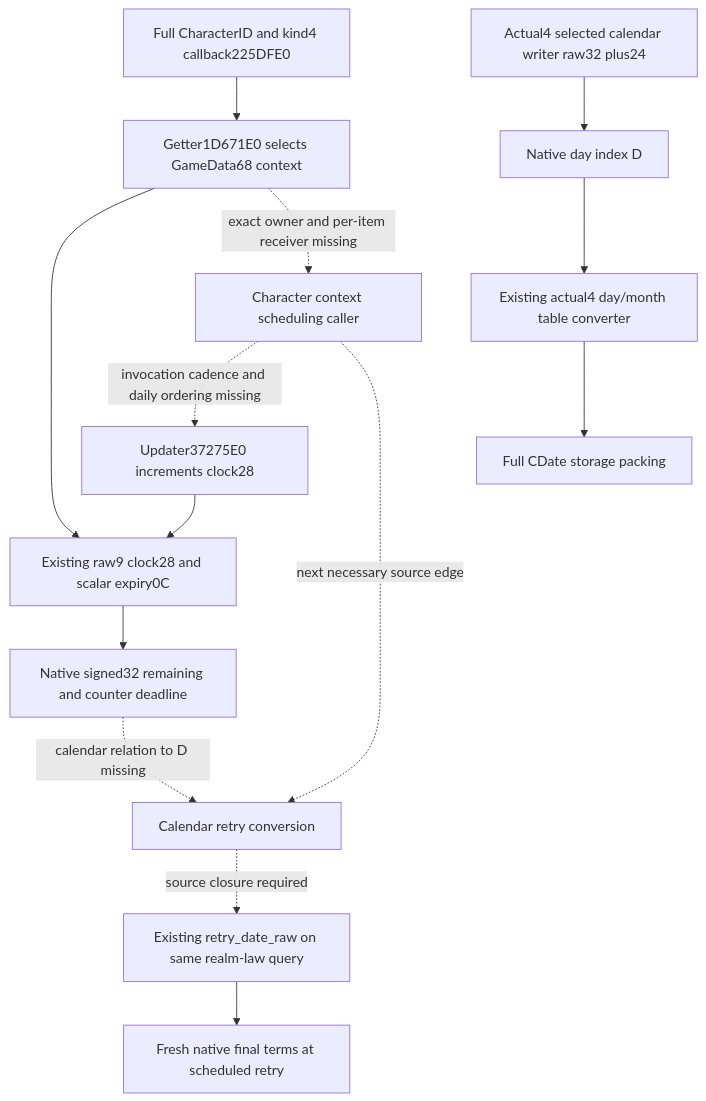
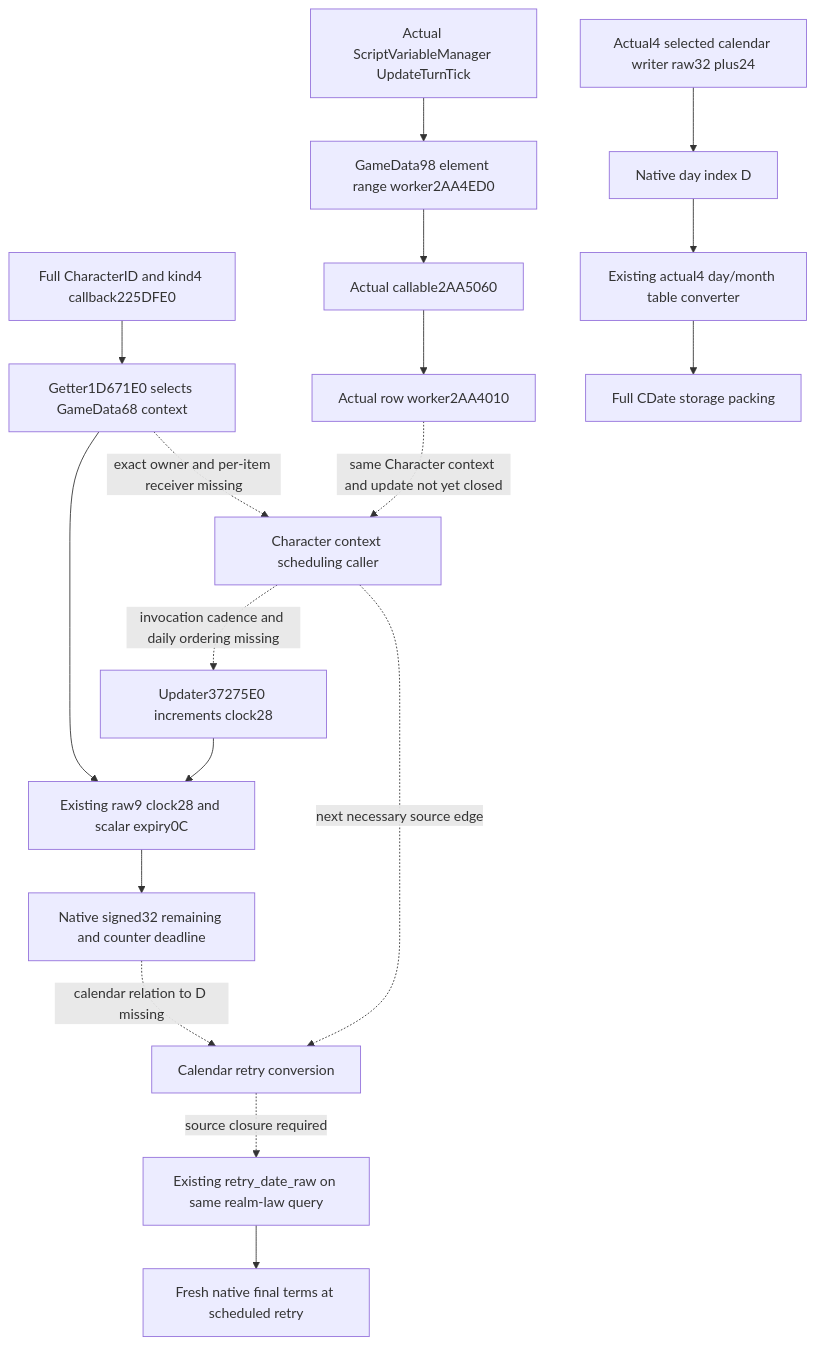
The diagram in docs/ck3-native-ai/m7-character-clock-calendar-deadline-12004.md (XenoAmess/ck3_eternal_recurrence), drawn with Mermaid before and after one commit. The commit also changed other lines of this file, not shown here.

Commit message:
Close native variable turn tick context clock writer

````diff
--- a/docs/ck3-native-ai/m7-character-clock-calendar-deadline-12004.md
+++ b/docs/ck3-native-ai/m7-character-clock-calendar-deadline-12004.md
@@ -43,16 +43,20 @@
 ```mermaid
 flowchart TD
   C[Full CharacterID and kind4 callback225DFE0] --> G[Getter1D671E0 selects GameData68 context]
   G --> R[Existing raw9 clock28 and scalar expiry0C]
   R --> N[Native signed32 remaining and counter deadline]
   G -. exact owner and per-item receiver missing .-> P[Character context scheduling caller]
+  TM[Actual ScriptVariableManager UpdateTurnTick] --> E[GameData98 element range worker2AA4ED0]
+  E --> CB[Actual callable2AA5060]
+  CB --> CW[Actual row worker2AA4010]
+  CW -. same Character context and update not yet closed .-> P
   P -. invocation cadence and daily ordering missing .-> U[Updater37275E0 increments clock28]
   U --> R
   D[Actual4 selected calendar writer raw32 plus24] --> I[Native day index D]
   I --> K[Existing actual4 day/month table converter]
   K --> F[Full CDate storage packing]
   N -. calendar relation to D missing .-> X[Calendar retry conversion]
   P -. next necessary source edge .-> X
   X -. source closure required .-> Q[Existing retry_date_raw on same realm-law query]
   Q --> T[Fresh native final terms at scheduled retry]
 ```
````
